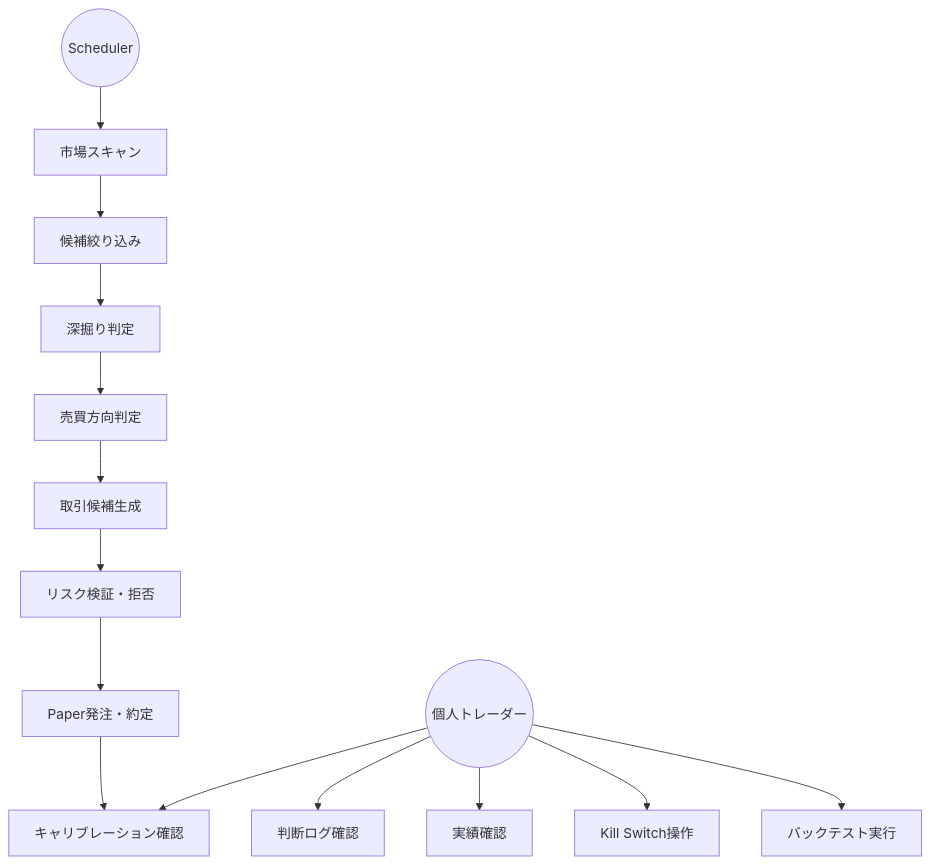
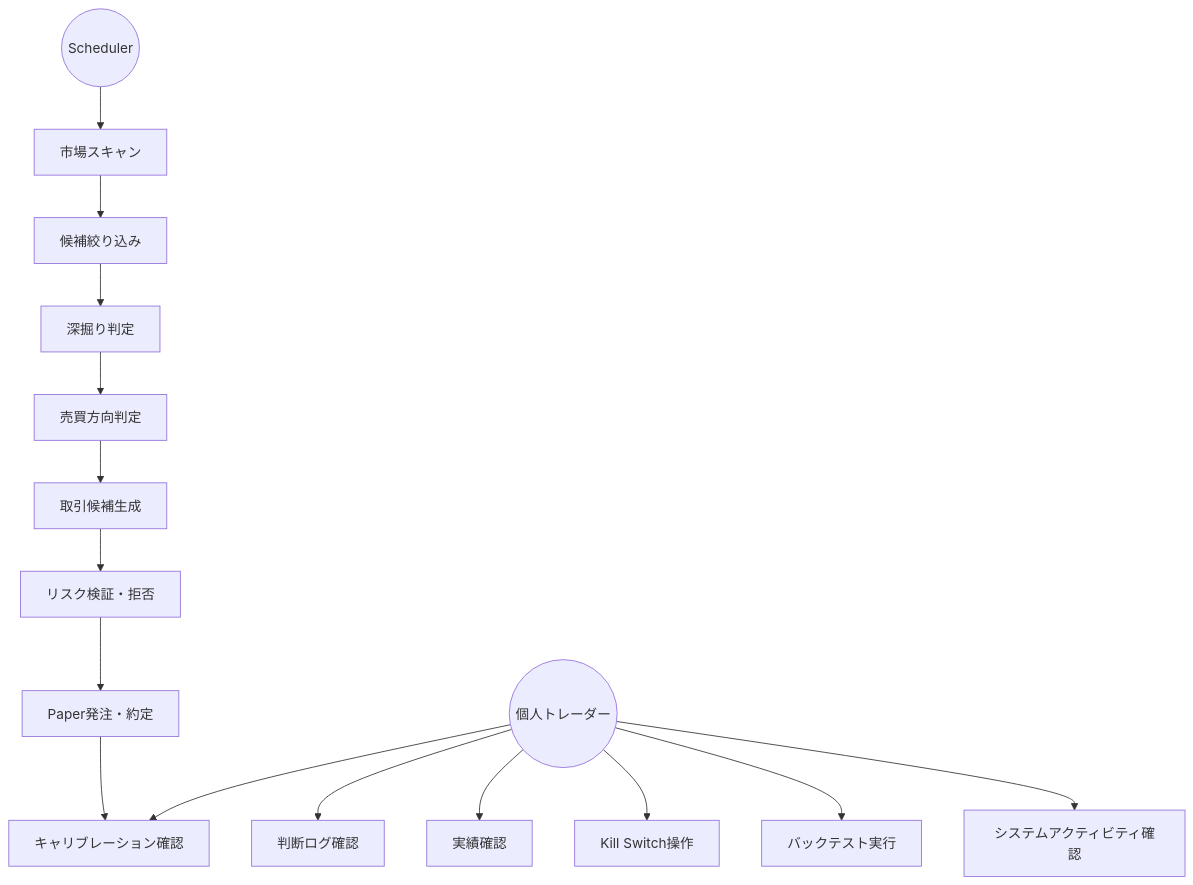
Before and after one commit to ousiassllc/pitha-trador: the first of 3 diagrams in docs/requirements/functional.md, drawn with Mermaid. The commit also changed other lines of this file and 3 other files, not shown here.

````diff
--- a/docs/requirements/functional.md
+++ b/docs/requirements/functional.md
@@ -20,20 +21,21 @@
 ```mermaid
 graph TD
     User((個人トレーダー))
     Scheduler((Scheduler))
 
     Scheduler --> UC1[市場スキャン]
     UC1 --> UC2[候補絞り込み]
     UC2 --> UC3[深掘り判定]
     UC3 --> UC4[売買方向判定]
     UC4 --> UC5[取引候補生成]
     UC5 --> UC6[リスク検証・拒否]
     UC6 --> UC7[Paper発注・約定]
     UC7 --> UC10[キャリブレーション確認]
 
     User --> UC8[判断ログ確認]
     User --> UC9[実績確認]
     User --> UC10
     User --> UC11[Kill Switch操作]
     User --> UC12[バックテスト実行]
+    User --> UC13[システムアクティビティ確認]
 ```
````
